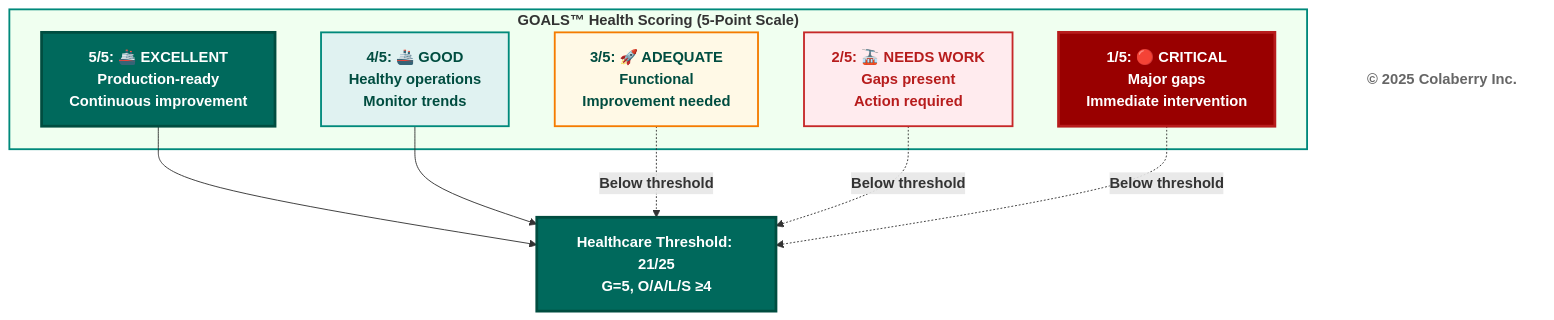
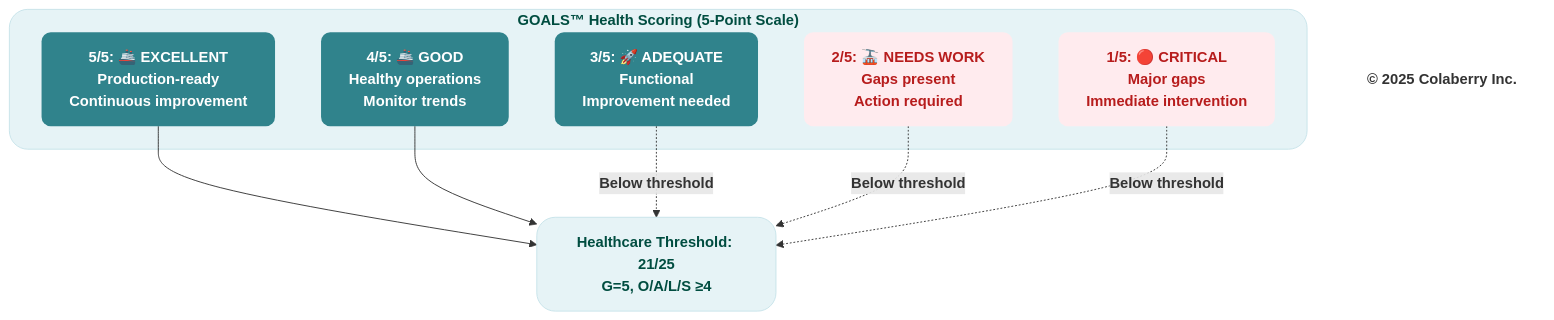
Diagram 14 of 14 in manuscript/08_chapter_7_goals_framework.md (saitejesh-cyber/trust-before-intelligence-book), drawn with Mermaid before and after one commit. The commit also changed other lines of this file and 7 other files, not shown here.

Commit message:
Chapter 6to13: Updated mermaid diagrams based on new colaberry color code

````diff
--- a/manuscript/08_chapter_7_goals_framework.md
+++ b/manuscript/08_chapter_7_goals_framework.md
@@ -1625,29 +1625,29 @@
 ```mermaid
 graph TB
     subgraph SCORING["<b>GOALS™ Health Scoring (5-Point Scale)</b>"]
         EXCELLENT["<b>5/5: 🚢 EXCELLENT</b><br/><b>Production-ready</b><br/><b>Continuous improvement</b>"]
         GOOD["<b>4/5: 🚢 GOOD</b><br/><b>Healthy operations</b><br/><b>Monitor trends</b>"]
         ADEQUATE["<b>3/5: 🚀 ADEQUATE</b><br/><b>Functional</b><br/><b>Improvement needed</b>"]
         NEEDS["<b>2/5: 🚠 NEEDS WORK</b><br/><b>Gaps present</b><br/><b>Action required</b>"]
         CRITICAL["<b>1/5: 🔴 CRITICAL</b><br/><b>Major gaps</b><br/><b>Immediate intervention</b>"]
     end
     
     THRESHOLD["<b>Healthcare Threshold: 21/25</b><br/><b>G=5, O/A/L/S ≥4</b>"]
     
     EXCELLENT --> THRESHOLD
     GOOD --> THRESHOLD
     ADEQUATE -.->|<b>Below threshold</b>| THRESHOLD
     NEEDS -.->|<b>Below threshold</b>| THRESHOLD
     CRITICAL -.->|<b>Below threshold</b>| THRESHOLD
     
-    style SCORING fill:#f0fff0,stroke:#00897b,stroke-width:2px
-    style EXCELLENT fill:#00695c,color:#ffffff,stroke:#004d40,stroke-width:3px
-    style GOOD fill:#e0f2f1,stroke:#00897b,stroke-width:2px,color:#004d40
-    style ADEQUATE fill:#fff9e6,stroke:#f57c00,stroke-width:2px,color:#004d40
-    style NEEDS fill:#ffebee,stroke:#c62828,stroke-width:2px,color:#b71c1c
-    style CRITICAL fill:#990000,color:#ffffff,stroke:#b71c1c,stroke-width:3px
-    style THRESHOLD fill:#00695c,color:#ffffff,stroke:#004d40,stroke-width:3px
+    style SCORING fill:#e6f3f6,stroke:#c7e3ea,stroke-width:1px,color:#004d40,rx:20,ry:20
+    style EXCELLENT fill:#30838C,stroke:none,color:#ffffff,rx:10,ry:10
+    style GOOD fill:#30838C,stroke:none,color:#ffffff,rx:10,ry:10
+    style ADEQUATE fill:#30838C,stroke:none,color:#ffffff,rx:10,ry:10
+    style NEEDS fill:#ffebee,stroke:none,color:#b71c1c,rx:10,ry:10
+    style CRITICAL fill:#ffebee,stroke:none,color:#b71c1c,rx:10,ry:10
+    style THRESHOLD fill:#e6f3f6,stroke:#c7e3ea,stroke-width:1px,color:#004d40,rx:20,ry:20
     
     Copyright["<b>© 2025 Colaberry Inc.</b>"]
-    style Copyright fill:#ffffff,stroke:none,color:#666666
+    style Copyright fill:none,stroke:none,color:#333333
 ```
````
